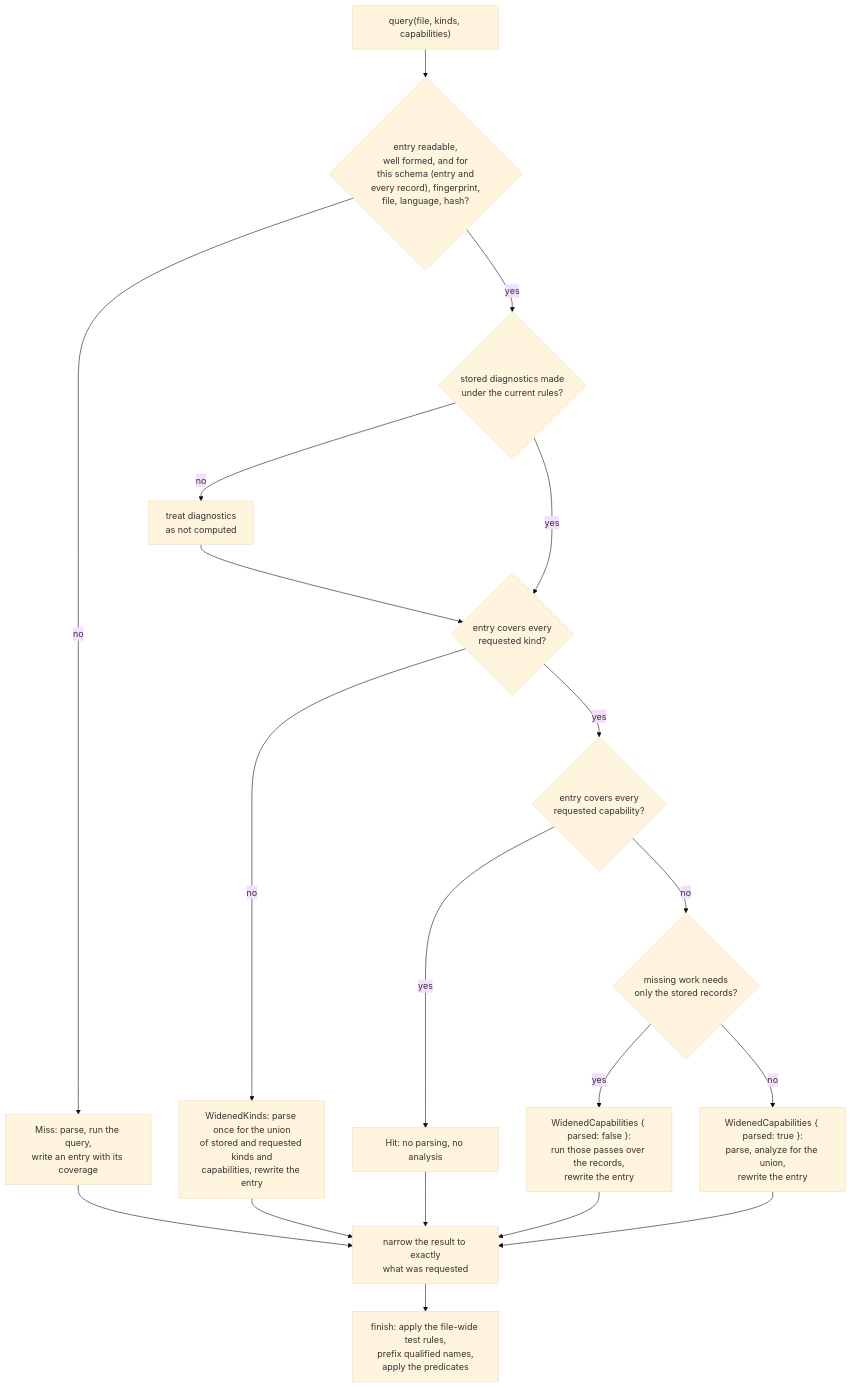
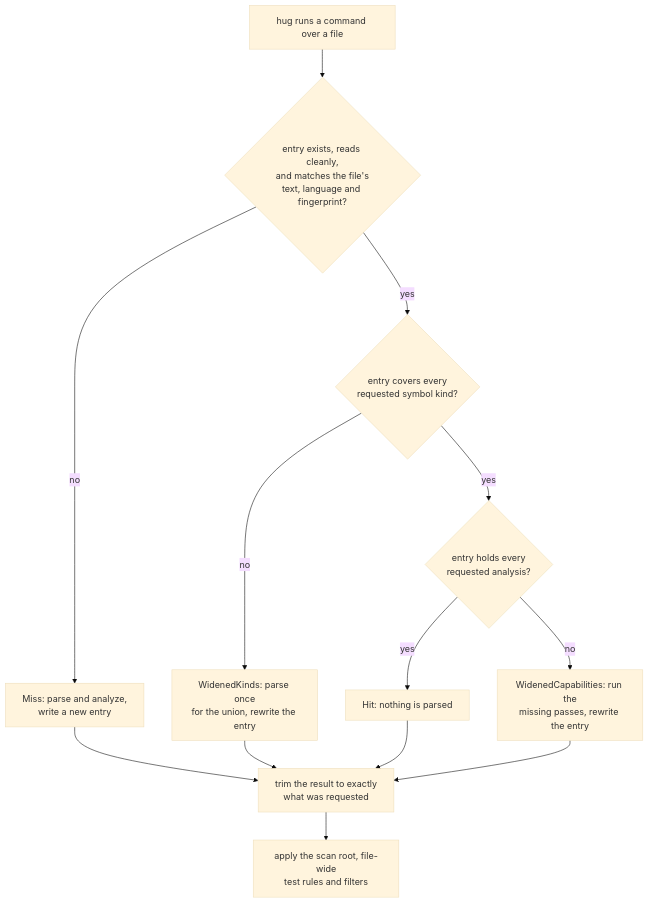
The diagram in tree-hugger/docs/cache-design.md (yankeeinlondon/rusty-biscuit), drawn with Mermaid (base theme) before and after one commit. The commit also changed other lines of this file and 3 other files, not shown here.

````diff
--- a/tree-hugger/docs/cache-design.md
+++ b/tree-hugger/docs/cache-design.md
@@ -287,16 +219,12 @@
 ```mermaid
 flowchart TD
-    Q["query(file, kinds, capabilities)"] --> R{"entry readable,<br/>well formed, and for<br/>this schema (entry and<br/>every record), fingerprint,<br/>file, language, hash?"}
-    R -- no --> M["Miss: parse, run the query,<br/>write an entry with its coverage"]
-    R -- yes --> D{"stored diagnostics made<br/>under the current rules?"}
-    D -- no --> X["treat diagnostics<br/>as not computed"] --> K
-    D -- yes --> K{"entry covers every<br/>requested kind?"}
-    K -- no --> WK["WidenedKinds: parse once for the union<br/>of stored and requested kinds and<br/>capabilities, rewrite the entry"]
-    K -- yes --> C{"entry covers every<br/>requested capability?"}
-    C -- yes --> H["Hit: no parsing, no analysis"]
-    C -- no --> P{"missing work needs<br/>only the stored records?"}
-    P -- yes --> WR["WidenedCapabilities { parsed: false }:<br/>run those passes over the records,<br/>rewrite the entry"]
-    P -- no --> WP["WidenedCapabilities { parsed: true }:<br/>parse, analyze for the union,<br/>rewrite the entry"]
-    M & WK & H & WR & WP --> N["narrow the result to exactly<br/>what was requested"]
-    N --> F["finish: apply the file-wide test rules,<br/>prefix qualified names,<br/>apply the predicates"]
+    Q["hug runs a command over a file"] --> R{"entry exists, reads cleanly,<br/>and matches the file's<br/>text, language and fingerprint?"}
+    R -- no --> M["Miss: parse and analyze,<br/>write a new entry"]
+    R -- yes --> K{"entry covers every<br/>requested symbol kind?"}
+    K -- no --> WK["WidenedKinds: parse once<br/>for the union, rewrite the entry"]
+    K -- yes --> C{"entry holds every<br/>requested analysis?"}
+    C -- yes --> H["Hit: nothing is parsed"]
+    C -- no --> WC["WidenedCapabilities: run the<br/>missing passes, rewrite the entry"]
+    M & WK & H & WC --> N["trim the result to exactly<br/>what was requested"]
+    N --> F["apply the scan root, file-wide<br/>test rules and filters"]
 ```
````
